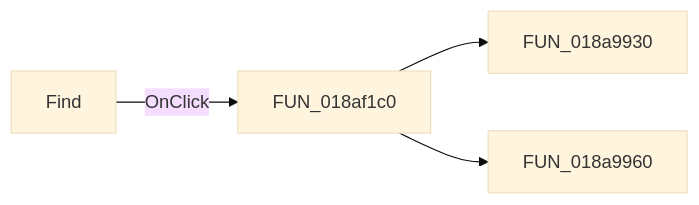
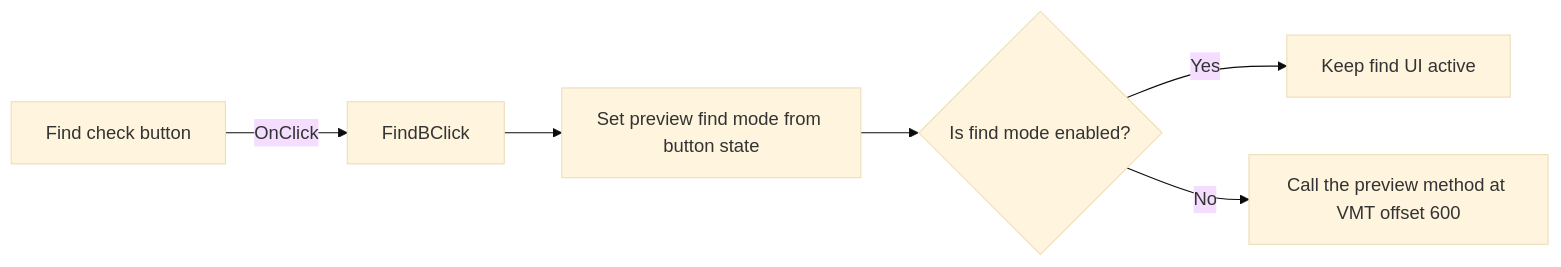
One commit to MovGP0/TIARA changed the diagram in docs/ui-controls/frxpreviewform/findb-40f866d06a.md. Above: the diagram before and after it, drawn with Mermaid (base theme). The commit also changed other lines of this file and 387 other files, not shown here.

````diff
--- a/docs/ui-controls/frxpreviewform/findb-40f866d06a.md
+++ b/docs/ui-controls/frxpreviewform/findb-40f866d06a.md
@@ -27,6 +27,8 @@
 ```mermaid
 flowchart LR
-    control["Find"] -->|OnClick| handler["FUN_018af1c0"]
-    handler --> call1["FUN_018a9930"]
-    handler --> call2["FUN_018a9960"]
+    control["Find check button"] -->|OnClick| handler["FindBClick"]
+    handler --> setState["Set preview find mode from button state"]
+    setState --> enabled{"Is find mode enabled?"}
+    enabled -->|Yes| finish["Keep find UI active"]
+    enabled -->|No| virtualCall["Call the preview method at VMT offset 600"]
 ```
````
